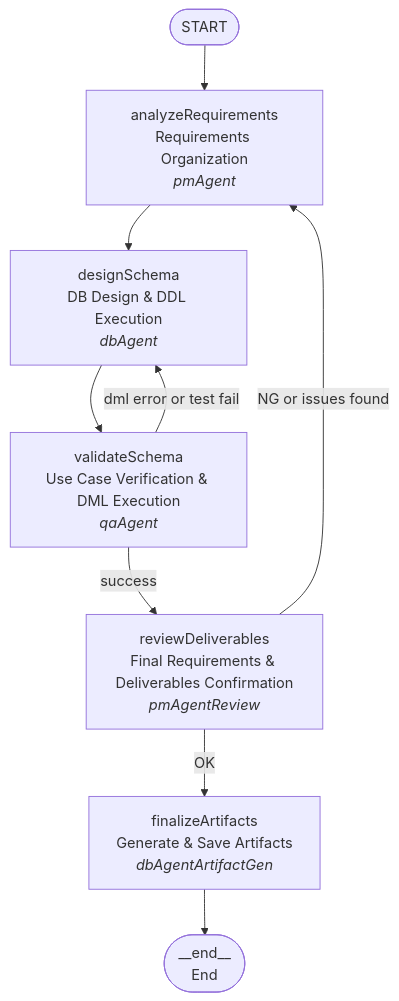
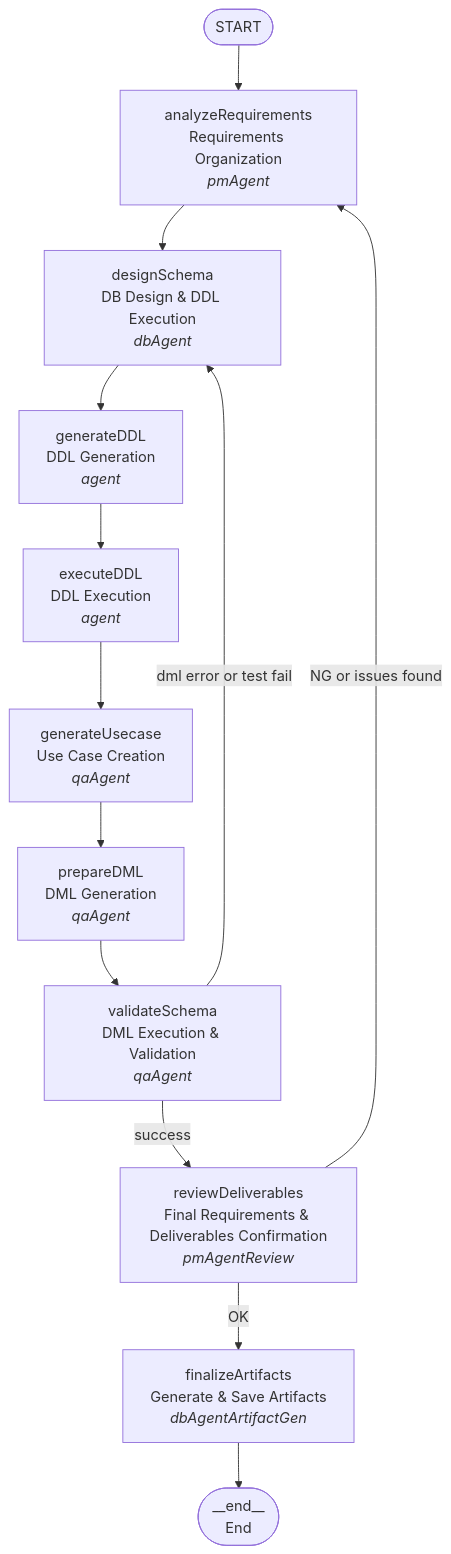
Before and after one commit to yzkee/liam: the diagram in frontend/internal-packages/agent/src/chat/workflow/README.md, drawn with Mermaid. The commit also changed other lines of this file and 7 other files, not shown here.

First line of the commit message:
refactor: split ValidateSchema node into multiple nodes

````diff
--- a/frontend/internal-packages/agent/src/chat/workflow/README.md
+++ b/frontend/internal-packages/agent/src/chat/workflow/README.md
@@ -7,20 +7,28 @@
 ```mermaid
 flowchart TD
     START([START])
     ANALYZE[analyzeRequirements<br/>Requirements Organization<br/><i>pmAgent</i>]
     DESIGN[designSchema<br/>DB Design & DDL Execution<br/><i>dbAgent</i>]
-    VALIDATE[validateSchema<br/>Use Case Verification & DML Execution<br/><i>qaAgent</i>]
+    GENERATE_DDL[generateDDL<br/>DDL Generation<br/><i>agent</i>]
+    EXECUTE_DDL[executeDDL<br/>DDL Execution<br/><i>agent</i>]
+    GENERATE_USECASE[generateUsecase<br/>Use Case Creation<br/><i>qaAgent</i>]
+    PREPARE_DML[prepareDML<br/>DML Generation<br/><i>qaAgent</i>]
+    VALIDATE[validateSchema<br/>DML Execution & Validation<br/><i>qaAgent</i>]
     REVIEW[reviewDeliverables<br/>Final Requirements & Deliverables Confirmation<br/><i>pmAgentReview</i>]
     FINALIZE[finalizeArtifacts<br/>Generate & Save Artifacts<br/><i>dbAgentArtifactGen</i>]
     END([__end__<br/>End])
 
     START --> ANALYZE
     ANALYZE --> DESIGN
-    DESIGN --> VALIDATE
+    DESIGN --> GENERATE_DDL
+    GENERATE_DDL --> EXECUTE_DDL
+    EXECUTE_DDL --> GENERATE_USECASE
+    GENERATE_USECASE --> PREPARE_DML
+    PREPARE_DML --> VALIDATE
     VALIDATE -->|success| REVIEW
     VALIDATE -->|dml error or test fail| DESIGN
     REVIEW -->|OK| FINALIZE
     REVIEW -->|NG or issues found| ANALYZE
     FINALIZE --> END
 
 ```
````
